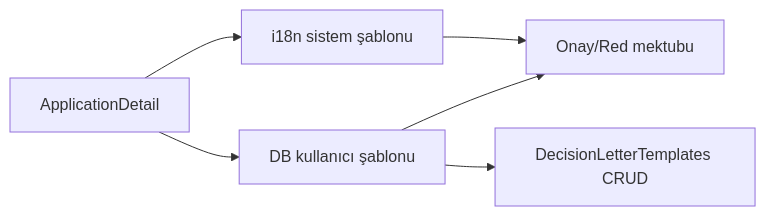
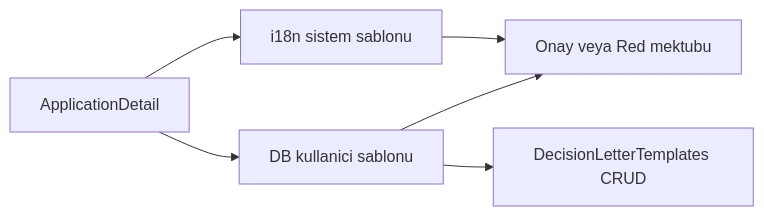
The first of 2 diagrams in docs/learning/tr/29-decision-letter-templates.md (fdeniz07/BankApp), drawn with Mermaid before and after one commit. The commit also changed other lines of this file and 105 other files, not shown here.

First line of the commit message:
doc: Enrich learning chapters with labs, pitfalls, and safe Mermaid

````diff
--- a/docs/learning/tr/29-decision-letter-templates.md
+++ b/docs/learning/tr/29-decision-letter-templates.md
@@ -7,8 +11,8 @@
 ```mermaid
 flowchart LR
-  UI[ApplicationDetail] --> SYS[i18n sistem şablonu]
-  UI --> USR[DB kullanıcı şablonu]
-  USR --> API[DecisionLetterTemplates CRUD]
-  SYS --> MKT[Onay/Red mektubu]
+  UI["ApplicationDetail"] --> SYS["i18n sistem sablonu"]
+  UI --> USR["DB kullanici sablonu"]
+  USR --> API["DecisionLetterTemplates CRUD"]
+  SYS --> MKT["Onay veya Red mektubu"]
   USR --> MKT
 ```
````
